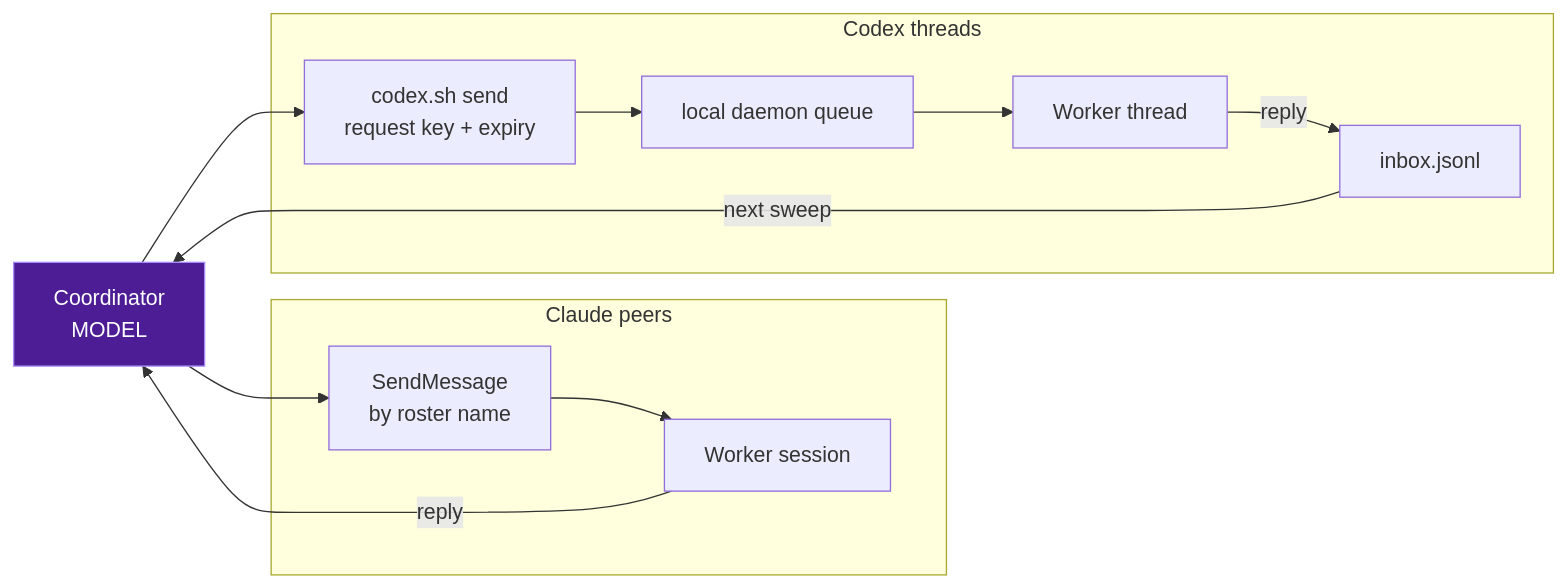
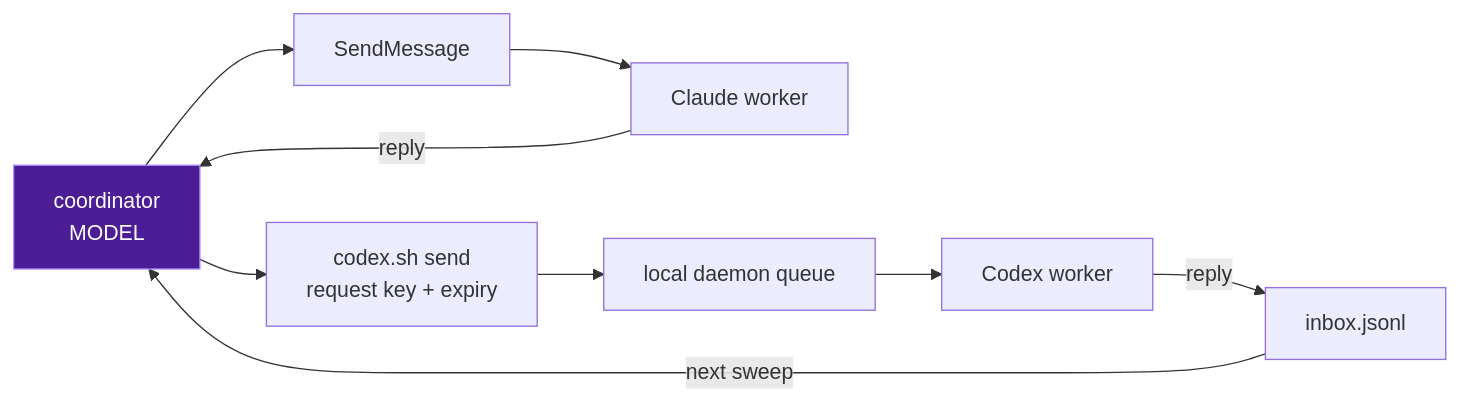
Before and after one commit to YuvalSarel1/cones: the fourth of 4 diagrams in docs/architecture.md, drawn with Mermaid. The commit also changed other lines of this file and 6 other files, not shown here.

````diff
--- a/docs/architecture.md
+++ b/docs/architecture.md
@@ -149,22 +198,14 @@
 ```mermaid
 flowchart LR
-    Coord["Coordinator<br/>MODEL"]
-    subgraph claude ["Claude peers"]
-        SM["SendMessage<br/>by roster name"]
-        CS["Worker session"]
-    end
-    subgraph codex ["Codex threads"]
-        CX["codex.sh send<br/>request key + expiry"]
-        Daemon["local daemon queue"]
-        CT["Worker thread"]
-        Inbox["inbox.jsonl"]
-    end
-    Coord --> SM --> CS
+    Coord["coordinator<br/>MODEL"]
+    SM["SendMessage"] --> CS["Claude worker"]
+    CX["codex.sh send<br/>request key + expiry"] --> Daemon["local daemon queue"] --> CT["Codex worker"]
+    CT -->|reply| Inbox["inbox.jsonl"]
+    Coord --> SM
+    Coord --> CX
     CS -->|reply| Coord
-    Coord --> CX --> Daemon --> CT
-    CT -->|reply| Inbox
     Inbox -->|next sweep| Coord
 
     classDef model fill:#4c1d95,stroke:#a78bfa,color:#fff
     class Coord model
 ```
````
